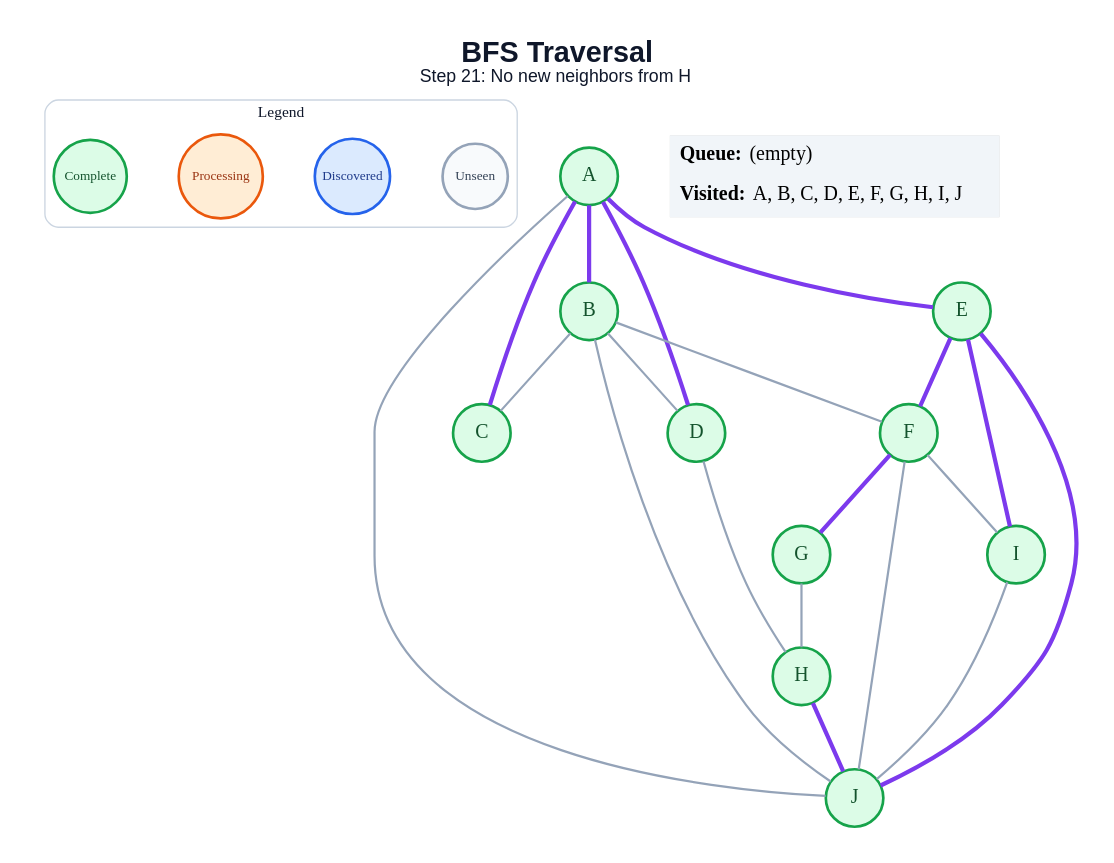
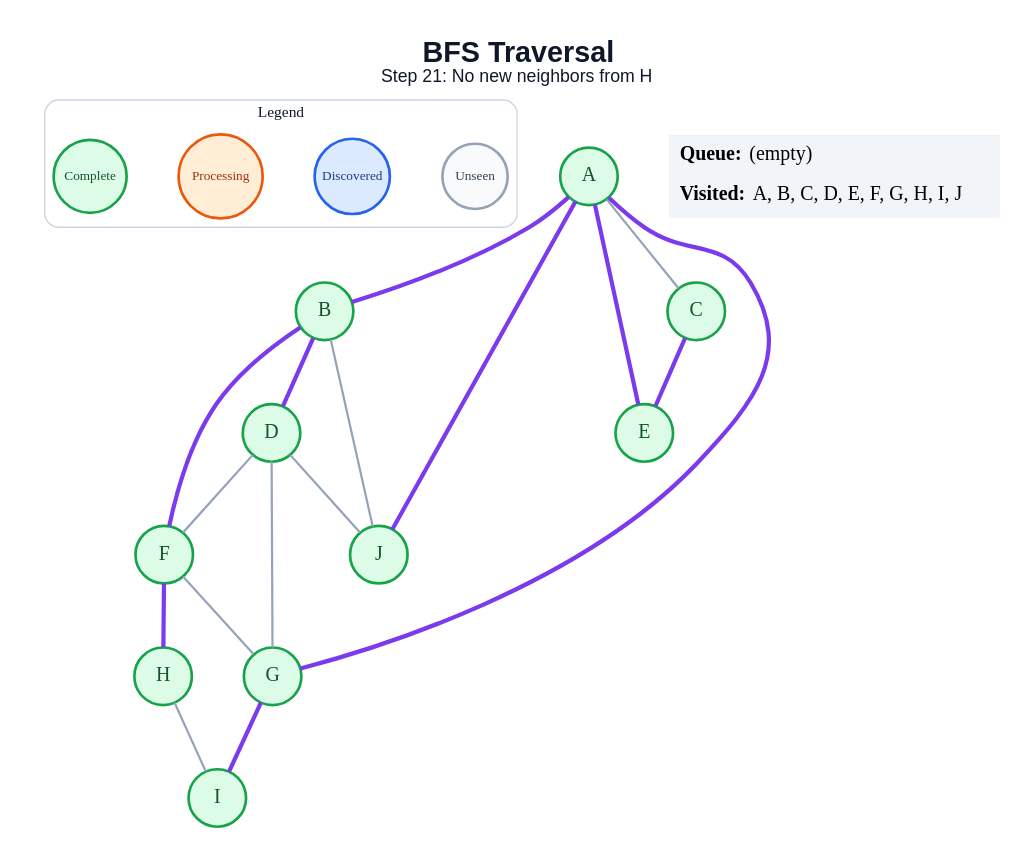
Before and after one commit to anon7238593-create/ai-slop: the diagram in generated/specific-node/bfs/step_21.dot, drawn with Graphviz. The commit also changed 171 other files, not shown here.

```diff
--- a/generated/specific-node/bfs/step_21.dot
+++ b/generated/specific-node/bfs/step_21.dot
@@ -1,48 +1,45 @@
 graph traversal {
   graph [layout=dot, rankdir=TB, bgcolor="#FFFFFF", pad="0.35", nodesep="0.65", ranksep="0.8", fontname="Arial"];
   node [shape=circle, style="filled", fontname="Arial Bold", fontsize=18, width=0.72, fixedsize=true, penwidth=2.4];
   edge [color="#94A3B8", penwidth=2.0];
   label=<<B>BFS Traversal</B><BR/><FONT POINT-SIZE="16">Step 21: No new neighbors from H</FONT>>; labelloc="t"; fontsize=26; fontname="Arial"; fontcolor="#0F172A";
   subgraph cluster_legend { label="Legend"; color="#CBD5E1"; penwidth=1.2; style="rounded"; fontsize=14; fontname="Arial Bold";
     key_unseen [label="Unseen", fillcolor="#F8FAFC", color="#94A3B8", fontcolor="#334155", fontsize=12, width=0.82];
     key_frontier [label="Discovered", fillcolor="#DBEAFE", color="#2563EB", fontcolor="#1E3A8A", fontsize=12, width=0.95];
     key_current [label="Processing", fillcolor="#FFEDD5", color="#EA580C", fontcolor="#9A3412", fontsize=12, width=1.05];
     key_done [label="Complete", fillcolor="#DCFCE7", color="#16A34A", fontcolor="#14532D", fontsize=12, width=0.92];
     { rank=same; key_unseen; key_frontier; key_current; key_done; }
   }
   A [fillcolor="#DCFCE7", color="#16A34A", fontcolor="#14532D"];
   B [fillcolor="#DCFCE7", color="#16A34A", fontcolor="#14532D"];
   C [fillcolor="#DCFCE7", color="#16A34A", fontcolor="#14532D"];
   D [fillcolor="#DCFCE7", color="#16A34A", fontcolor="#14532D"];
   E [fillcolor="#DCFCE7", color="#16A34A", fontcolor="#14532D"];
   F [fillcolor="#DCFCE7", color="#16A34A", fontcolor="#14532D"];
   G [fillcolor="#DCFCE7", color="#16A34A", fontcolor="#14532D"];
   H [fillcolor="#DCFCE7", color="#16A34A", fontcolor="#14532D"];
   I [fillcolor="#DCFCE7", color="#16A34A", fontcolor="#14532D"];
   J [fillcolor="#DCFCE7", color="#16A34A", fontcolor="#14532D"];
   A -- B [color="#7C3AED", penwidth=3.8];
-  A -- C [color="#7C3AED", penwidth=3.8];
-  A -- D [color="#7C3AED", penwidth=3.8];
+  A -- C;
   A -- E [color="#7C3AED", penwidth=3.8];
-  A -- J;
-  B -- C;
-  B -- D;
-  B -- F;
+  A -- G [color="#7C3AED", penwidth=3.8];
+  A -- J [color="#7C3AED", penwidth=3.8];
+  B -- D [color="#7C3AED", penwidth=3.8];
+  B -- F [color="#7C3AED", penwidth=3.8];
   B -- J;
-  D -- H;
-  E -- F [color="#7C3AED", penwidth=3.8];
-  E -- I [color="#7C3AED", penwidth=3.8];
-  E -- J [color="#7C3AED", penwidth=3.8];
-  F -- G [color="#7C3AED", penwidth=3.8];
-  F -- I;
-  F -- J;
-  G -- H;
-  H -- J [color="#7C3AED", penwidth=3.8];
-  I -- J;
+  C -- E [color="#7C3AED", penwidth=3.8];
+  D -- F;
+  D -- G;
+  D -- J;
+  F -- G;
+  F -- H [color="#7C3AED", penwidth=3.8];
+  G -- I [color="#7C3AED", penwidth=3.8];
+  H -- I;
   status [shape=plain, fixedsize=false, width=0, height=0, margin=0, label=<
     <TABLE BORDER="0" CELLBORDER="0" CELLPADDING="7" BGCOLOR="#F1F5F9">
       <TR><TD ALIGN="LEFT"><B>Queue:</B> (empty)</TD></TR>
       <TR><TD ALIGN="LEFT"><B>Visited:</B> A, B, C, D, E, F, G, H, I, J</TD></TR>
     </TABLE>
   >];
 }
```
